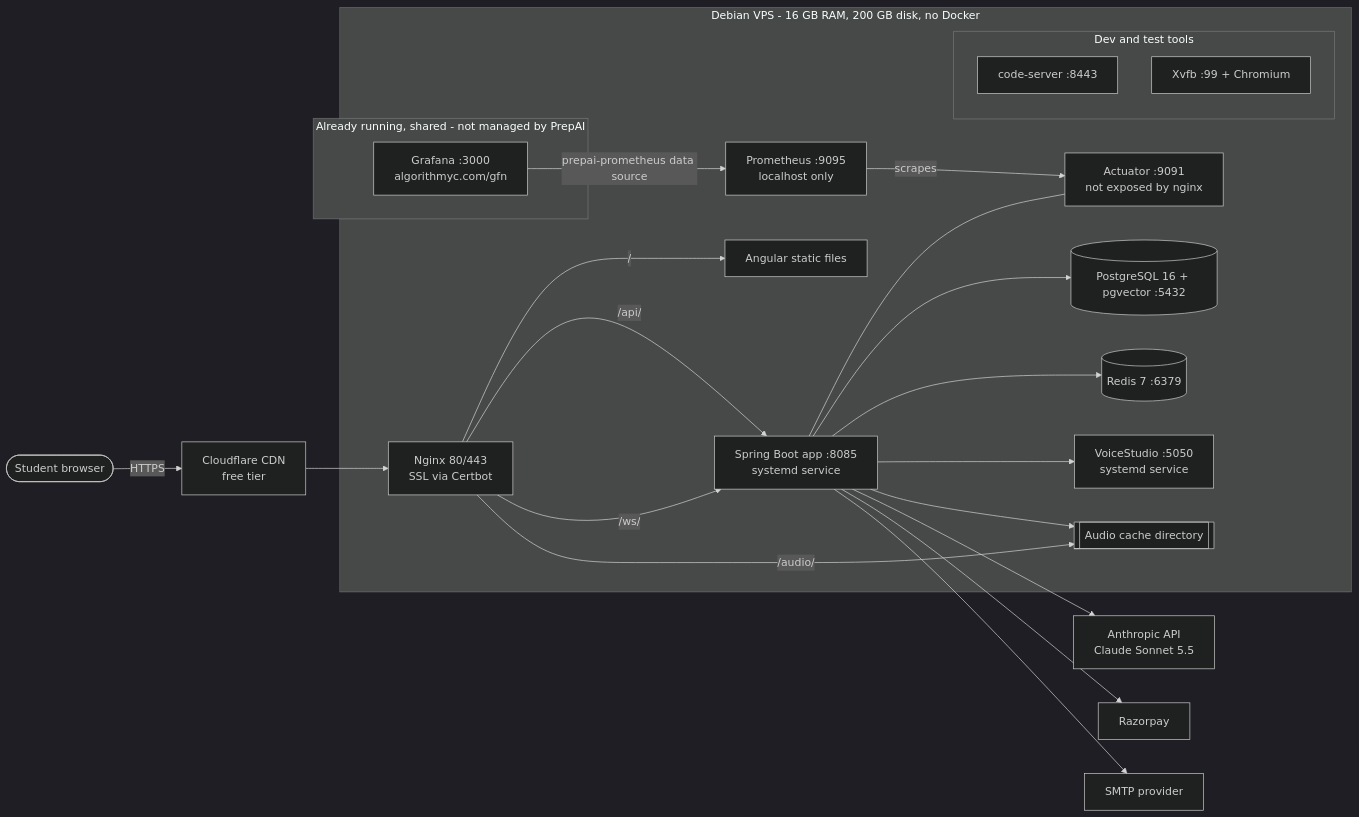
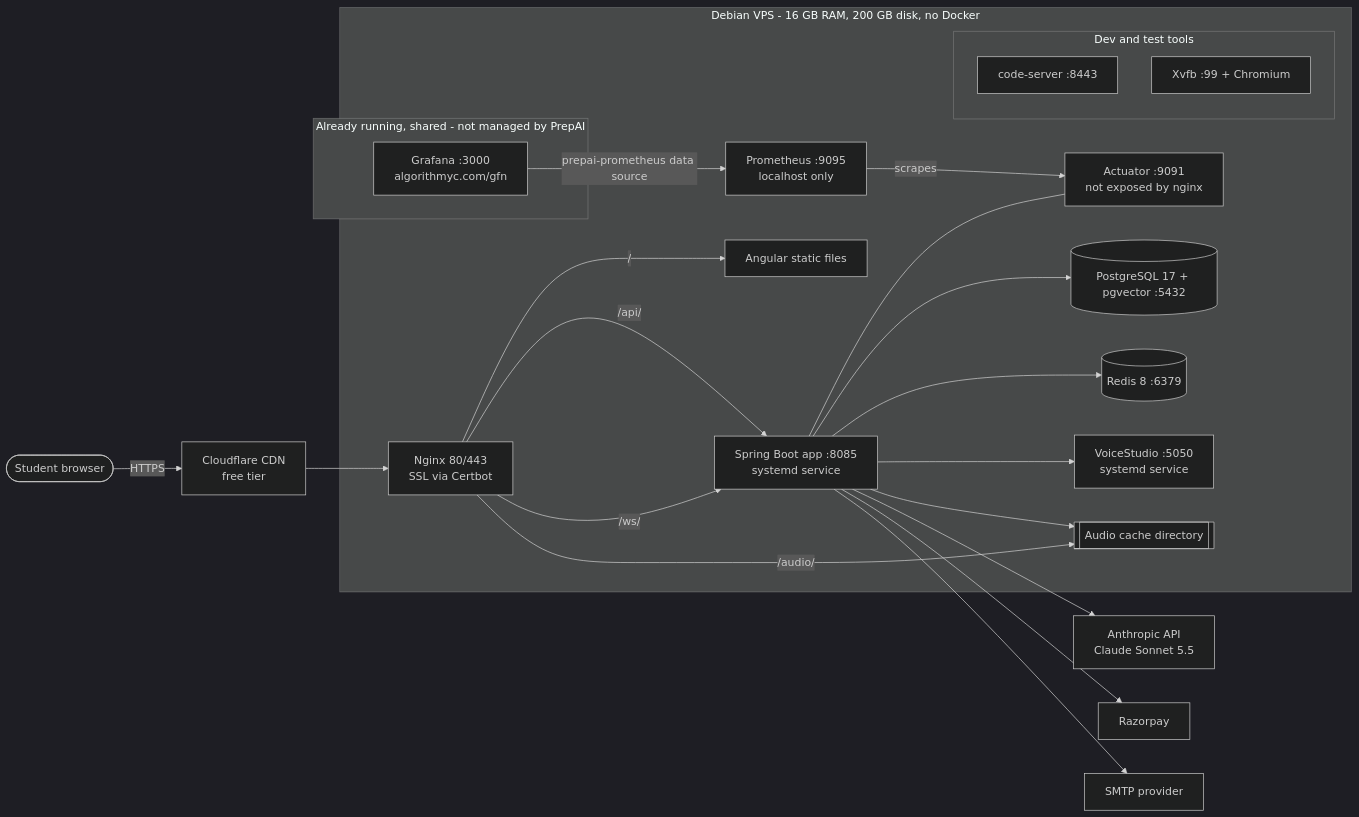
Before and after one commit to ocjpkrishna/prepai: the ninth of 10 diagrams in prepai-spec.md, drawn with Mermaid (dark theme). The commit also changed other lines of this file and 1 other file, not shown here.

First line of the commit message:
Use PostgreSQL 17 and Redis 8 (installed on the VPS)

````diff
--- a/prepai-spec.md
+++ b/prepai-spec.md
@@ -1717,45 +1718,45 @@
 ```mermaid
 flowchart LR
     user(["Student browser"]) -->|HTTPS| cf["Cloudflare CDN<br/>free tier"]
     cf --> nginx
 
     subgraph vps["Debian VPS - 16 GB RAM, 200 GB disk, no Docker"]
         nginx["Nginx 80/443<br/>SSL via Certbot"]
         static["Angular static files"]
         app["Spring Boot app :8085<br/>systemd service"]
         mgmt["Actuator :9091<br/>not exposed by nginx"]
-        pg[("PostgreSQL 16 + pgvector :5432")]
-        redis[("Redis 7 :6379")]
+        pg[("PostgreSQL 17 + pgvector :5432")]
+        redis[("Redis 8 :6379")]
         vs["VoiceStudio :5050<br/>systemd service"]
         audio[["Audio cache directory"]]
         prom["Prometheus :9095<br/>localhost only"]
 
         subgraph shared["Already running, shared - not managed by PrepAI"]
             graf["Grafana :3000<br/>algorithmyc.com/gfn"]
         end
 
         subgraph devtools["Dev and test tools"]
             cs["code-server :8443"]
             xvfb["Xvfb :99 + Chromium"]
         end
     end
 
     claude["Anthropic API<br/>Claude Sonnet 5.5"]
     razor["Razorpay"]
     smtp["SMTP provider"]
 
     nginx -->|"/"| static
     nginx -->|"/api/"| app
     nginx -->|"/ws/"| app
     nginx -->|"/audio/"| audio
     app --- mgmt
     app --> pg
     app --> redis
     app --> vs
     app --> audio
     app --> claude
     app --> razor
     app --> smtp
     prom -->|"scrapes"| mgmt
     graf -->|"prepai-prometheus data source"| prom
 ```
````
